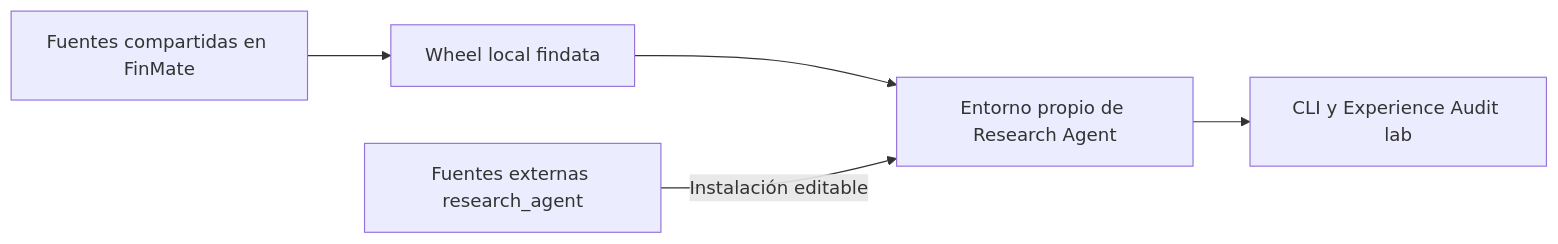
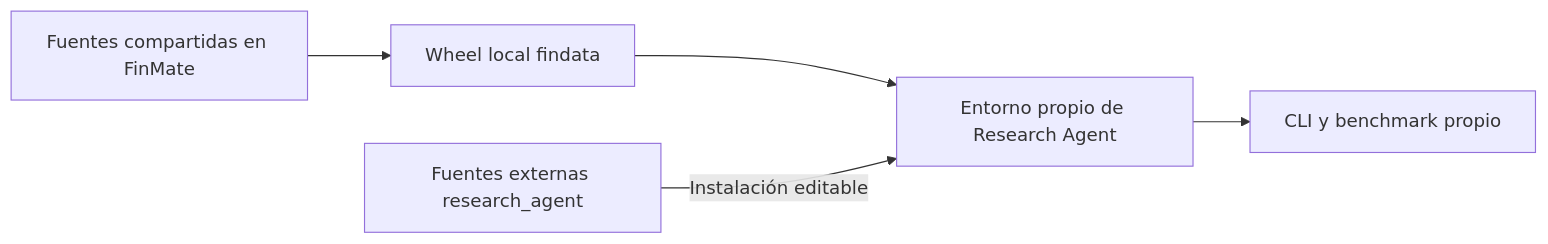
Before and after one commit to dcanocoro/research_agent: the diagram in docs/development.md, drawn with Mermaid. The commit also changed other lines of this file and 108 other files, not shown here.

````diff
--- a/docs/development.md
+++ b/docs/development.md
@@ -19,7 +21,7 @@
 ```mermaid
 flowchart LR
     F[Fuentes compartidas en FinMate] --> W[Wheel local findata]
     W --> V[Entorno propio de Research Agent]
     R[Fuentes externas research_agent] -->|Instalación editable| V
-    V --> A[CLI y Experience Audit lab]
+    V --> A[CLI y benchmark propio]
 ```
````
